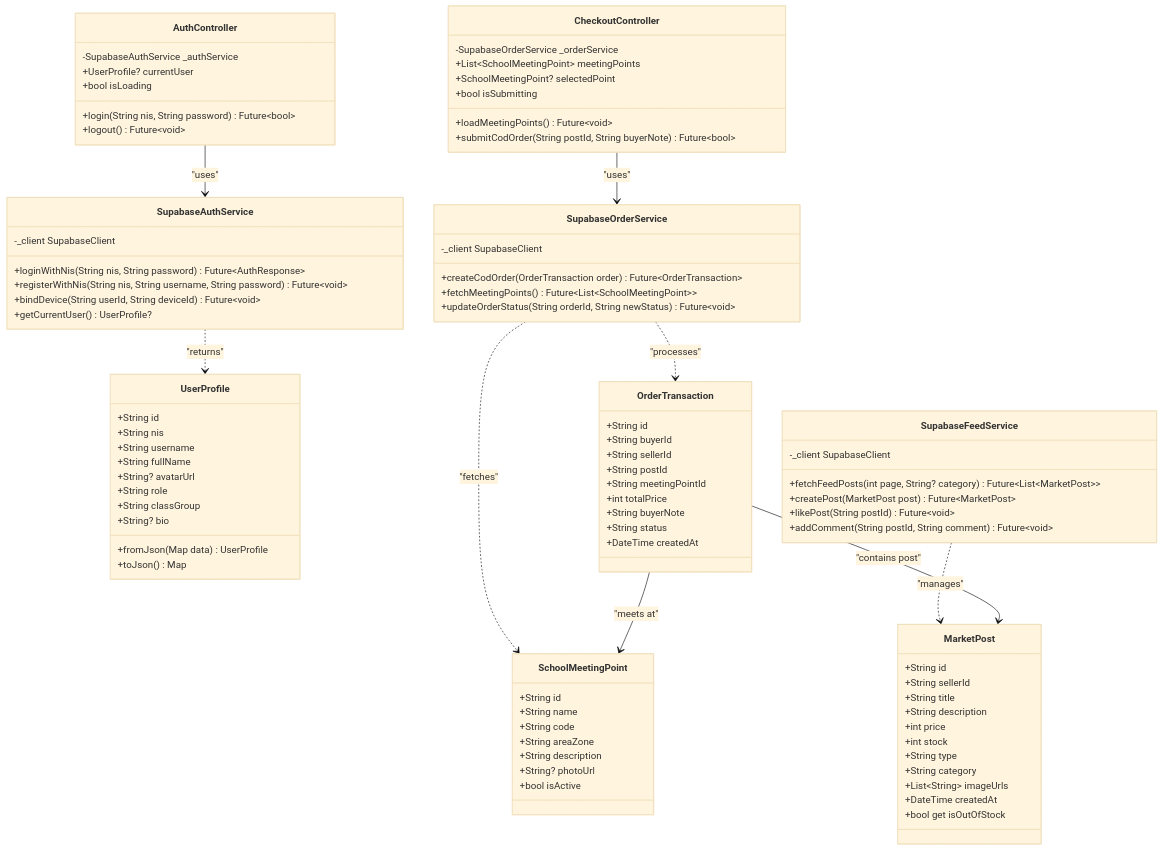
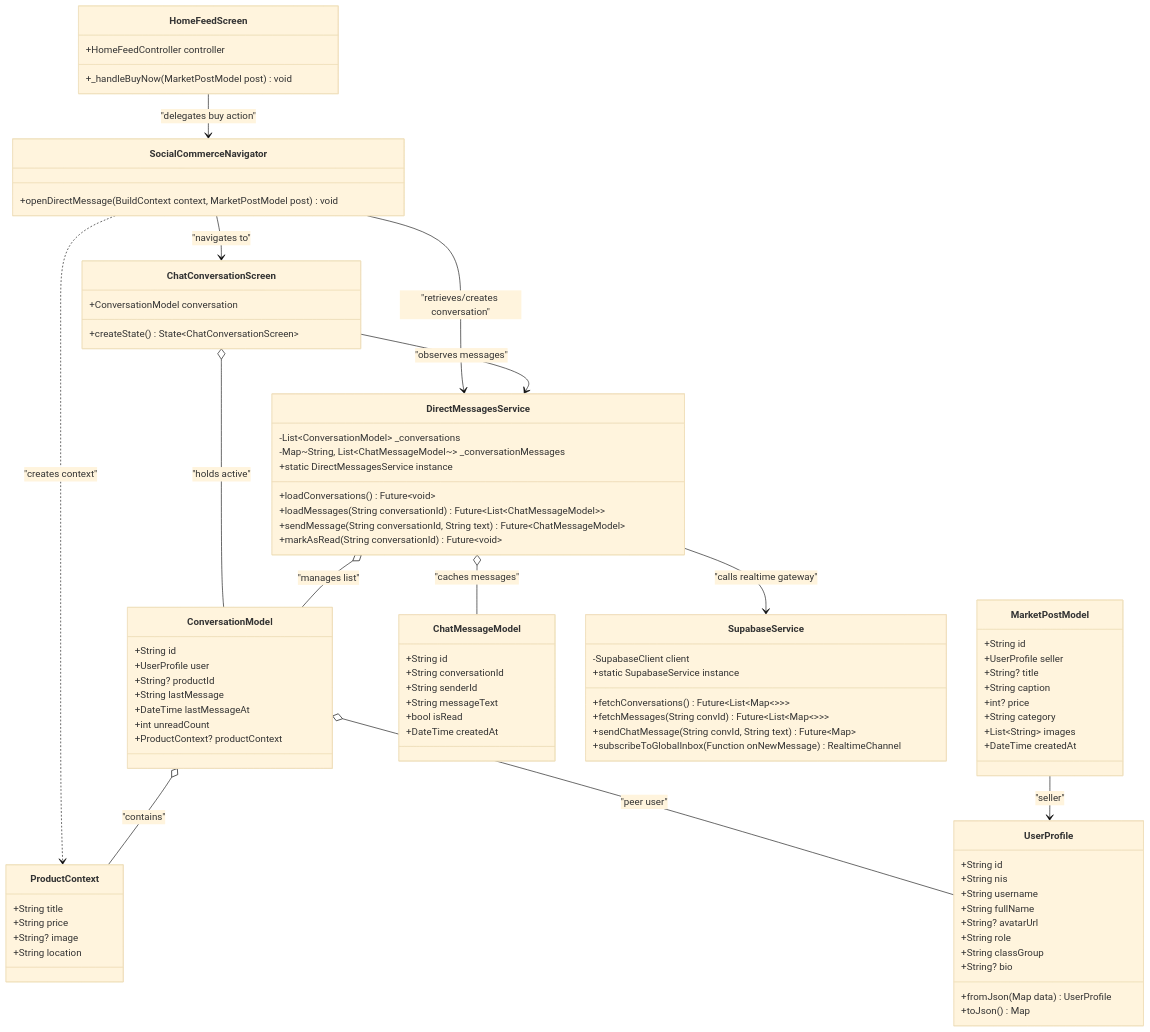
Before and after one commit to HelloRayy/snaps: the ninth of 11 diagrams in docs/bab3/BAB_III_PERANCANGAN_ARSITEKTUR_SISTEM.md, drawn with Mermaid (base theme). The commit also changed other lines of this file and 4 other files, not shown here.

Commit message:
docs(bab3): sync Activity, Class, and Sequence diagrams to Direct-to-DM architecture

````diff
--- a/docs/bab3/BAB_III_PERANCANGAN_ARSITEKTUR_SISTEM.md
+++ b/docs/bab3/BAB_III_PERANCANGAN_ARSITEKTUR_SISTEM.md
@@ -412,5 +412,20 @@
 ```mermaid
 classDiagram
+    %% Presentation & Navigation
+    class HomeFeedScreen {
+        +HomeFeedController controller
+        +_handleBuyNow(MarketPostModel post) void
+    }
+
+    class SocialCommerceNavigator {
+        +openDirectMessage(BuildContext context, MarketPostModel post) void
+    }
+
+    class ChatConversationScreen {
+        +ConversationModel conversation
+        +createState() State~ChatConversationScreen~
+    }
+
     %% Models
     class UserProfile {
         +String id
@@ -425,91 +440,76 @@
         +toJson() Map
     }
 
-    class MarketPost {
+    class MarketPostModel {
         +String id
-        +String sellerId
-        +String title
-        +String description
-        +int price
-        +int stock
-        +String type
+        +UserProfile seller
+        +String? title
+        +String caption
+        +int? price
         +String category
-        +List~String~ imageUrls
+        +List~String~ images
         +DateTime createdAt
-        +bool get isOutOfStock
     }
 
-    class SchoolMeetingPoint {
-        +String id
-        +String name
-        +String code
-        +String areaZone
-        +String description
-        +String? photoUrl
-        +bool isActive
+    class ProductContext {
+        +String title
+        +String price
+        +String? image
+        +String location
     }
 
-    class OrderTransaction {
+    class ConversationModel {
         +String id
-        +String buyerId
-        +String sellerId
-        +String postId
-        +String meetingPointId
-        +int totalPrice
-        +String buyerNote
-        +String status
+        +UserProfile user
+        +String? productId
+        +String lastMessage
+        +DateTime lastMessageAt
+        +int unreadCount
+        +ProductContext? productContext
+    }
+
+    class ChatMessageModel {
+        +String id
+        +String conversationId
+        +String senderId
+        +String messageText
+        +bool isRead
         +DateTime createdAt
     }
 
     %% Services
-    class SupabaseAuthService {
-        -_client SupabaseClient
-        +loginWithNis(String nis, String password) Future~AuthResponse~
-        +registerWithNis(String nis, String username, String password) Future~void~
-        +bindDevice(String userId, String deviceId) Future~void~
-        +getCurrentUser() UserProfile?
+    class DirectMessagesService {
+        -List~ConversationModel~ _conversations
+        -Map~String, List~ChatMessageModel~~ _conversationMessages
+        +static DirectMessagesService instance
+        +loadConversations() Future~void~
+        +loadMessages(String conversationId) Future~List~ChatMessageModel~~
+        +sendMessage(String conversationId, String text) Future~ChatMessageModel~
+        +markAsRead(String conversationId) Future~void~
     }
 
-    class SupabaseFeedService {
-        -_client SupabaseClient
-        +fetchFeedPosts(int page, String? category) Future~List~MarketPost~~
-        +createPost(MarketPost post) Future~MarketPost~
-        +likePost(String postId) Future~void~
-        +addComment(String postId, String comment) Future~void~
-    }
-
-    class SupabaseOrderService {
-        -_client SupabaseClient
-        +createCodOrder(OrderTransaction order) Future~OrderTransaction~
-        +fetchMeetingPoints() Future~List~SchoolMeetingPoint~~
-        +updateOrderStatus(String orderId, String newStatus) Future~void~
-    }
-
-    %% Controllers
-    class AuthController {
-        -SupabaseAuthService _authService
-        +UserProfile? currentUser
-        +bool isLoading
-        +login(String nis, String password) Future~bool~
-        +logout() Future~void~
-    }
-
-    class CheckoutController {
-        -SupabaseOrderService _orderService
-        +List~SchoolMeetingPoint~ meetingPoints
-        +SchoolMeetingPoint? selectedPoint
-        +bool isSubmitting
-        +loadMeetingPoints() Future~void~
-        +submitCodOrder(String postId, String buyerNote) Future~bool~
+    class SupabaseService {
+        -SupabaseClient client
+        +static SupabaseService instance
+        +fetchConversations() Future~List~Map~~~~
+        +fetchMessages(String convId) Future~List~Map~~~~
+        +sendChatMessage(String convId, String text) Future~Map~
+        +subscribeToGlobalInbox(Function onNewMessage) RealtimeChannel
     }
 
     %% Relationships
-    AuthController --> SupabaseAuthService : "uses"
-    CheckoutController --> SupabaseOrderService : "uses"
-    SupabaseAuthService ..> UserProfile : "returns"
-    SupabaseFeedService ..> MarketPost : "manages"
-    SupabaseOrderService ..> SchoolMeetingPoint : "fetches"
-    SupabaseOrderService ..> OrderTransaction : "processes"
-    OrderTransaction --> MarketPost : "contains post"
-    OrderTransaction --> SchoolMeetingPoint : "meets at"
+    HomeFeedScreen --> SocialCommerceNavigator : "delegates buy action"
+    SocialCommerceNavigator --> DirectMessagesService : "retrieves/creates conversation"
+    SocialCommerceNavigator --> ChatConversationScreen : "navigates to"
+    SocialCommerceNavigator ..> ProductContext : "creates context"
+    
+    ChatConversationScreen --> DirectMessagesService : "observes messages"
+    ChatConversationScreen o-- ConversationModel : "holds active"
+    ConversationModel o-- ProductContext : "contains"
+    ConversationModel o-- UserProfile : "peer user"
+    
+    DirectMessagesService --> SupabaseService : "calls realtime gateway"
+    DirectMessagesService o-- ConversationModel : "manages list"
+    DirectMessagesService o-- ChatMessageModel : "caches messages"
+    MarketPostModel --> UserProfile : "seller"
 ```
````
